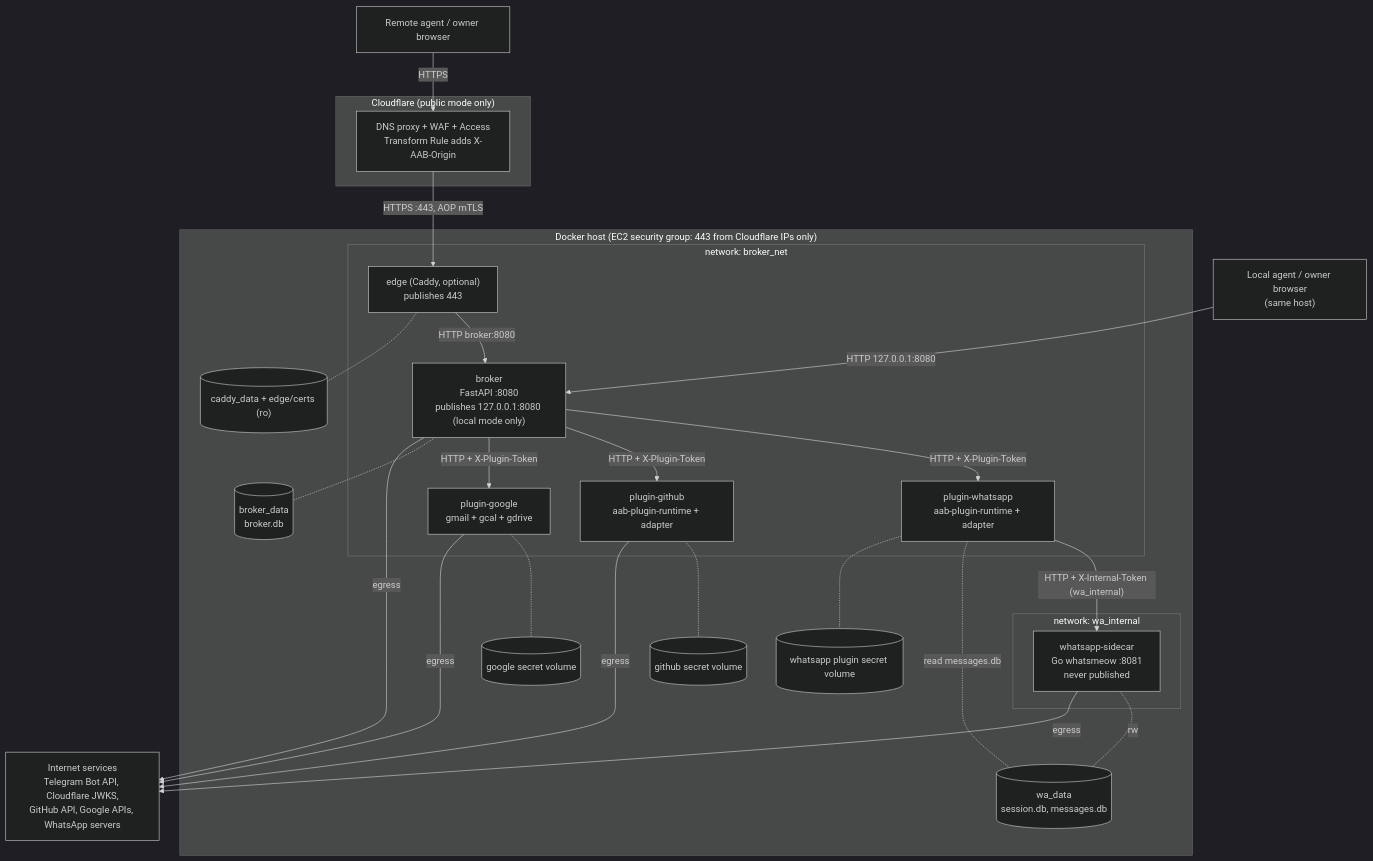
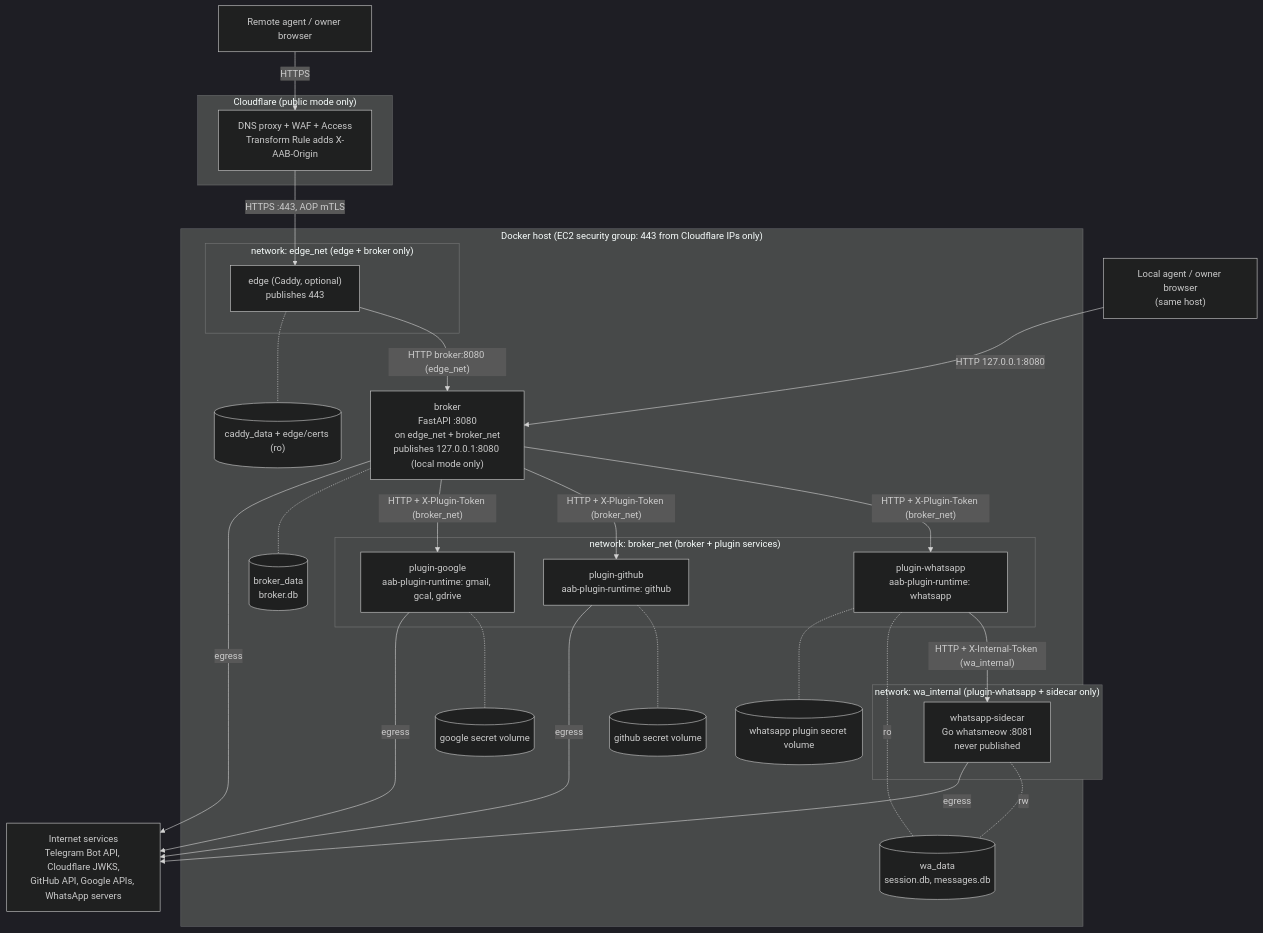
The first of 3 diagrams in docs/architecture.md (pelegw/agent-authority-broker), drawn with Mermaid (dark theme) before and after one commit. The commit also changed other lines of this file, not shown here.

First line of the commit message:
Update architecture.md to the resolved deployment decisions

````diff
--- a/docs/architecture.md
+++ b/docs/architecture.md
@@ -231,49 +254,51 @@
 ```mermaid
 flowchart TB
   AGL["Local agent / owner browser<br/>(same host)"]
   subgraph CFZ["Cloudflare (public mode only)"]
     CF["DNS proxy + WAF + Access<br/>Transform Rule adds X-AAB-Origin"]
   end
   AGP["Remote agent / owner browser"]
 
   subgraph HOST["Docker host (EC2 security group: 443 from Cloudflare IPs only)"]
-    subgraph BN["network: broker_net"]
+    subgraph EN["network: edge_net (edge + broker only)"]
       EDGE["edge (Caddy, optional)<br/>publishes 443"]
-      BROKER["broker<br/>FastAPI :8080<br/>publishes 127.0.0.1:8080 (local mode only)"]
-      PWA["plugin-whatsapp<br/>aab-plugin-runtime + adapter"]
-      PGH["plugin-github<br/>aab-plugin-runtime + adapter"]
-      PGO["plugin-google<br/>gmail + gcal + gdrive"]
     end
-    subgraph WN["network: wa_internal"]
+    BROKER["broker<br/>FastAPI :8080<br/>on edge_net + broker_net<br/>publishes 127.0.0.1:8080 (local mode only)"]
+    subgraph BN["network: broker_net (broker + plugin services)"]
+      PWA["plugin-whatsapp<br/>aab-plugin-runtime: whatsapp"]
+      PGH["plugin-github<br/>aab-plugin-runtime: github"]
+      PGO["plugin-google<br/>aab-plugin-runtime: gmail, gcal, gdrive"]
+    end
+    subgraph WN["network: wa_internal (plugin-whatsapp + sidecar only)"]
       SC["whatsapp-sidecar<br/>Go whatsmeow :8081<br/>never published"]
     end
     VB[("broker_data<br/>broker.db")]
     VW[("wa_data<br/>session.db, messages.db")]
     VGH[("github secret volume")]
     VGO[("google secret volume")]
     VWS[("whatsapp plugin secret volume")]
     VC[("caddy_data + edge/certs (ro)")]
   end
 
   EXT["Internet services<br/>Telegram Bot API, Cloudflare JWKS,<br/>GitHub API, Google APIs, WhatsApp servers"]
 
   AGP -->|HTTPS| CF
   CF -->|"HTTPS :443, AOP mTLS"| EDGE
-  EDGE -->|"HTTP broker:8080"| BROKER
+  EDGE -->|"HTTP broker:8080 (edge_net)"| BROKER
   AGL -->|"HTTP 127.0.0.1:8080"| BROKER
-  BROKER -->|"HTTP + X-Plugin-Token"| PWA
-  BROKER -->|"HTTP + X-Plugin-Token"| PGH
-  BROKER -->|"HTTP + X-Plugin-Token"| PGO
+  BROKER -->|"HTTP + X-Plugin-Token (broker_net)"| PWA
+  BROKER -->|"HTTP + X-Plugin-Token (broker_net)"| PGH
+  BROKER -->|"HTTP + X-Plugin-Token (broker_net)"| PGO
   PWA -->|"HTTP + X-Internal-Token (wa_internal)"| SC
   BROKER -.- VB
   SC -.-|rw| VW
-  PWA -.-|"read messages.db"| VW
+  PWA -.-|ro| VW
   PWA -.- VWS
   PGH -.- VGH
   PGO -.- VGO
   EDGE -.- VC
   BROKER -->|egress| EXT
   PGH -->|egress| EXT
   PGO -->|egress| EXT
   SC -->|egress| EXT
 ```
````
